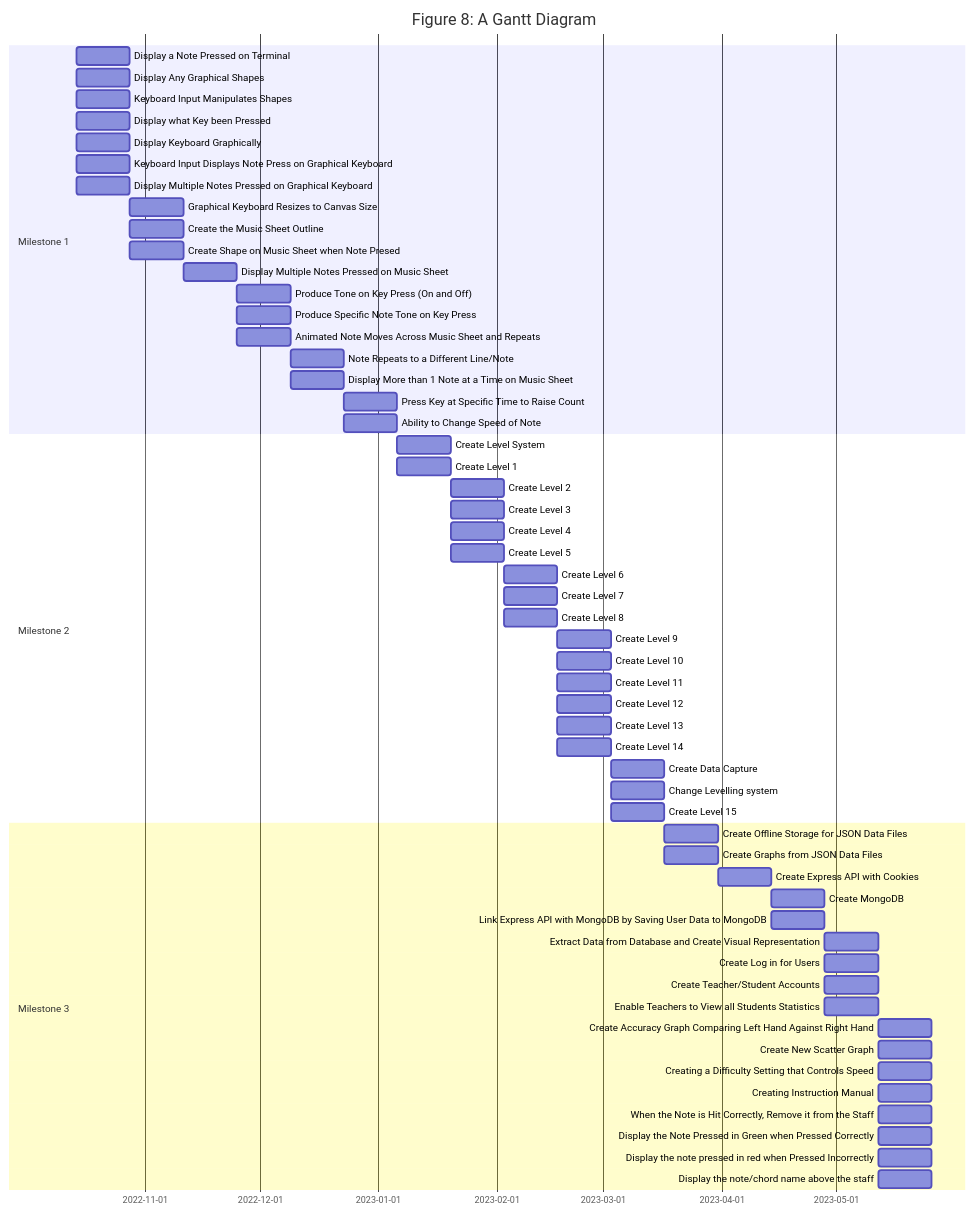
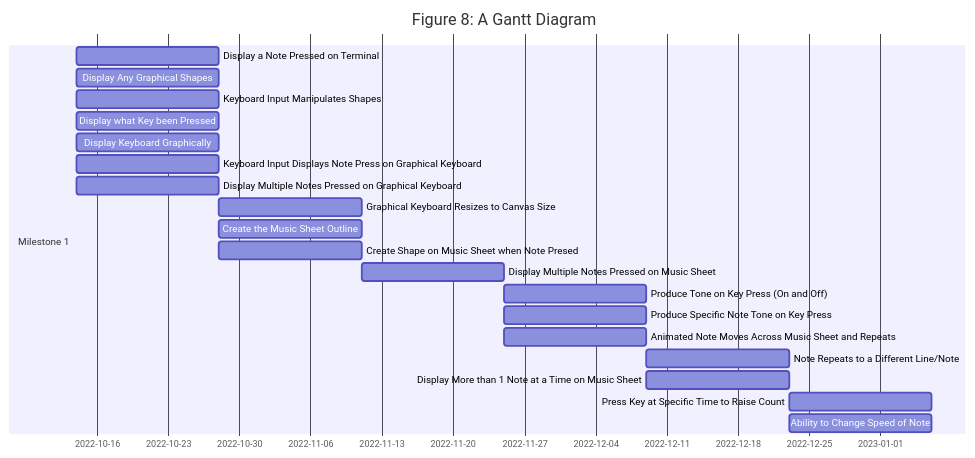
Before and after one commit to KieranBest/Final-Year-Project: the first of 3 diagrams in Documentation.md, drawn with Mermaid. The commit also changed other lines of this file, not shown here.

````diff
--- a/Documentation.md
+++ b/Documentation.md
@@ -298,65 +285,25 @@
 ```mermaid
 gantt
     title Figure 8: A Gantt Diagram
     dateFormat  YYYY-MM-DD
 
     section Milestone 1
     Display a Note Pressed on Terminal                        :a1, 2022-10-14, 14d
     Display Any Graphical Shapes                              :a1, 2022-10-14, 14d
     Keyboard Input Manipulates Shapes                         :a1, 2022-10-14, 14d
     Display what Key been Pressed                             :a1, 2022-10-14, 14d
     Display Keyboard Graphically                              :a1, 2022-10-14, 14d
     Keyboard Input Displays Note Press on Graphical Keyboard  :a1, 2022-10-14, 14d
     Display Multiple Notes Pressed on Graphical Keyboard      :a1, 2022-10-14, 14d
     Graphical Keyboard Resizes to Canvas Size                 :a2, after a1, 14d
     Create the Music Sheet Outline                            :a2, after a1, 14d
     Create Shape on Music Sheet when Note Presed              :a2, after a1, 14d
     Display Multiple Notes Pressed on Music Sheet             :a3, after a2, 14d
     Produce Tone on Key Press (On and Off)                    :a4, after a3, 14d
     Produce Specific Note Tone on Key Press                   :a4, after a3, 14d
     Animated Note Moves Across Music Sheet and Repeats        :a4, after a3, 14d
     Note Repeats to a Different Line/Note                     :a5, after a4, 14d
     Display More than 1 Note at a Time on Music Sheet         :a5, after a4, 14d
     Press Key at Specific Time to Raise Count                 :a6, after a5, 14d
     Ability to Change Speed of Note                           :a6, after a5, 14d
-
-    section Milestone 2
-    Create Level System                                       :a7, after a6, 14d
-    Create Level 1                                            :a7, after a6, 14d
-    Create Level 2                                            :a8, after a7, 14d
-    Create Level 3                                            :a8, after a7, 14d
-    Create Level 4                                            :a8, after a7, 14d
-    Create Level 5                                            :a8, after a7, 14d
-    Create Level 6                                            :a9, after a8, 14d
-    Create Level 7                                            :a9, after a8, 14d
-    Create Level 8                                            :a9, after a8, 14d
-    Create Level 9                                            :a10, after a9, 14d
-    Create Level 10                                           :a10, after a9, 14d
-    Create Level 11                                           :a10, after a9, 14d
-    Create Level 12                                           :a10, after a9, 14d
-    Create Level 13                                           :a10, after a9, 14d
-    Create Level 14                                           :a10, after a9, 14d
-    Create Data Capture                                       :a11, after a10, 14d
-    Change Levelling system                                   :a11, after a10, 14d
-    Create Level 15                                           :a11, after a10, 14d
-
-    section Milestone 3
-    Create Offline Storage for JSON Data Files                    :a12, after a11, 14d
-    Create Graphs from JSON Data Files                            :a12, after a11, 14d
-    Create Express API with Cookies                               :a13, after a12, 14d
-    Create MongoDB                                                :a14, after a13, 14d
-    Link Express API with MongoDB by Saving User Data to MongoDB  :a14, after a13, 14d
-    Extract Data from Database and Create Visual Representation   :a15, after a14, 14d
-    Create Log in for Users                                       :a15, after a14, 14d
-    Create Teacher/Student Accounts                               :a15, after a14, 14d
-    Enable Teachers to View all Students Statistics               :a15, after a14, 14d
-    Create Accuracy Graph Comparing Left Hand Against Right Hand  :a16, after a15, 14d
-    Create New Scatter Graph                                      :a16, after a15, 14d
-    Creating a Difficulty Setting that Controls Speed             :a16, after a15, 14d
-    Creating Instruction Manual                                   :a16, after a15, 14d
-    When the Note is Hit Correctly, Remove it from the Staff      :a16, after a15, 14d
-    Display the Note Pressed in Green when Pressed Correctly      :a16, after a15, 14d
-    Display the note pressed in red when Pressed Incorrectly      :a16, after a15, 14d
-    Display the note/chord name above the staff                   :a16, after a15, 14d
-
 ```
````
